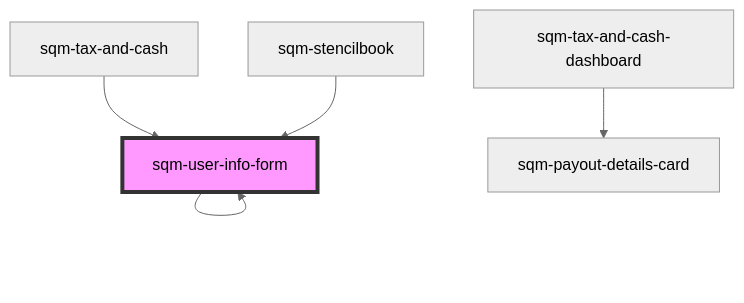
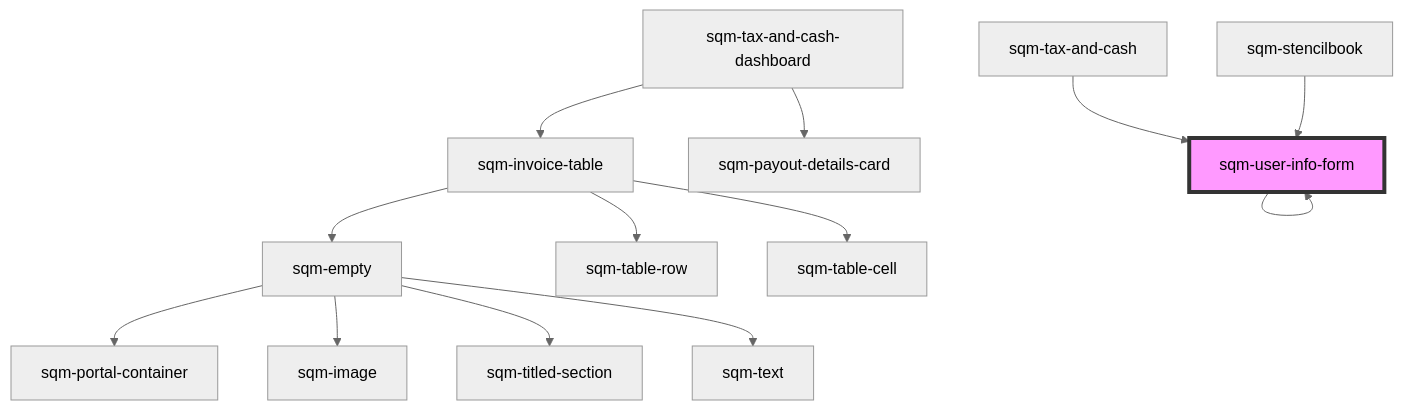
The diagram in packages/mint-components/src/components/tax-and-cash/sqm-user-info-form/readme.md (saasquatch/program-tools), drawn with Mermaid (neutral theme) before and after one commit. The commit also changed other lines of this file and 21 other files, not shown here.

````diff
--- a/packages/mint-components/src/components/tax-and-cash/sqm-user-info-form/readme.md
+++ b/packages/mint-components/src/components/tax-and-cash/sqm-user-info-form/readme.md
@@ -51,8 +51,16 @@
 ```mermaid
 graph TD;
   sqm-user-info-form --> sqm-user-info-form
   sqm-tax-and-cash-dashboard --> sqm-payout-details-card
+  sqm-tax-and-cash-dashboard --> sqm-invoice-table
+  sqm-invoice-table --> sqm-empty
+  sqm-invoice-table --> sqm-table-row
+  sqm-invoice-table --> sqm-table-cell
+  sqm-empty --> sqm-portal-container
+  sqm-empty --> sqm-image
+  sqm-empty --> sqm-titled-section
+  sqm-empty --> sqm-text
   sqm-tax-and-cash --> sqm-user-info-form
   sqm-stencilbook --> sqm-user-info-form
   style sqm-user-info-form fill:#f9f,stroke:#333,stroke-width:4px
 ```
````
